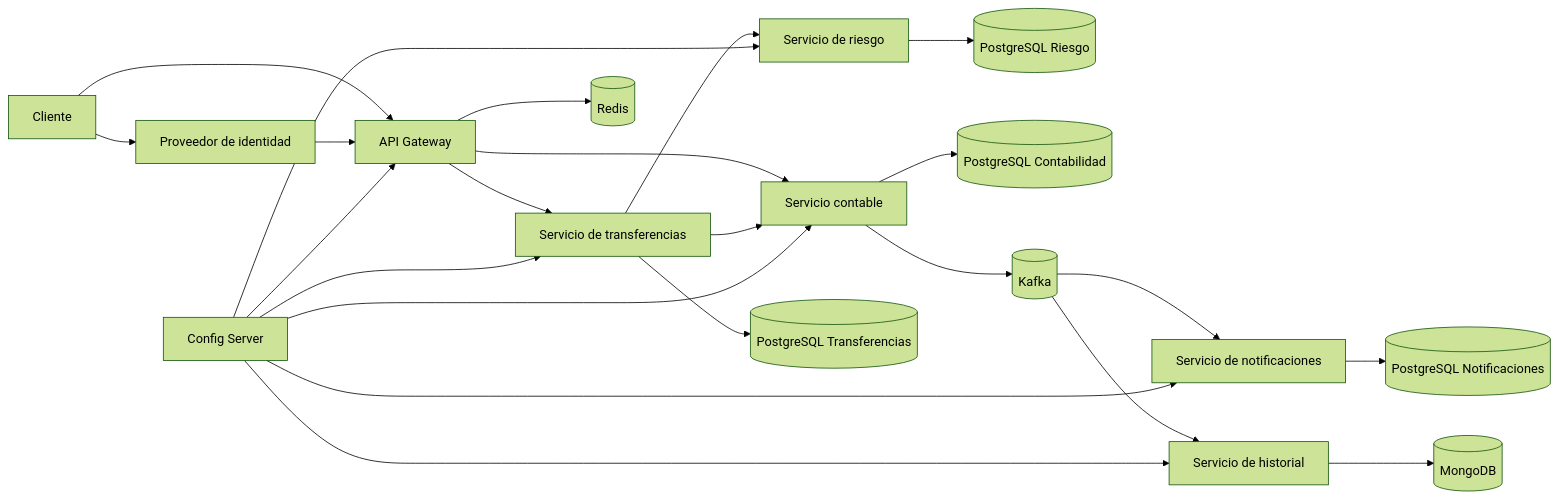
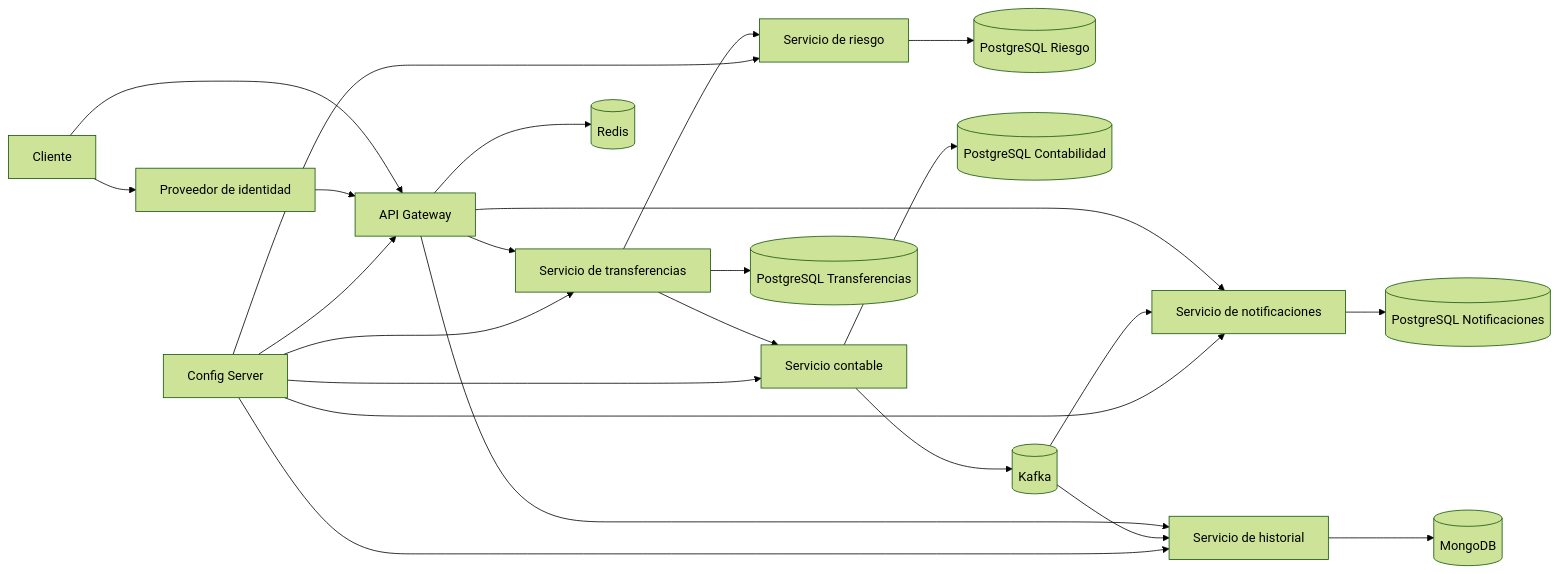
One commit to gad-dev-java/microservicios-transferencia changed the first of 2 diagrams in ARQUITECTURA.md. Above: the diagram before and after it, drawn with Mermaid (forest theme). The commit also changed other lines of this file and 25 other files, not shown here.

````diff
--- a/ARQUITECTURA.md
+++ b/ARQUITECTURA.md
@@ -11,29 +11,31 @@
 ```mermaid
 flowchart LR
     cliente[Cliente] --> identidad[Proveedor de identidad]
     cliente --> gateway[API Gateway]
     identidad --> gateway
 
     gateway --> transferencias[Servicio de transferencias]
-    gateway --> contabilidad[Servicio contable]
+    gateway --> notificaciones[Servicio de notificaciones]
+    gateway --> historial[Servicio de historial]
+    contabilidad[Servicio contable]
     transferencias --> riesgo[Servicio de riesgo]
     transferencias --> contabilidad
 
     transferencias --> db_transferencias[(PostgreSQL Transferencias)]
     riesgo --> db_riesgo[(PostgreSQL Riesgo)]
     contabilidad --> db_contabilidad[(PostgreSQL Contabilidad)]
     contabilidad --> kafka[(Kafka)]
 
     kafka --> notificaciones[Servicio de notificaciones]
     kafka --> historial[Servicio de historial]
     notificaciones --> db_notificaciones[(PostgreSQL Notificaciones)]
     historial --> mongo[(MongoDB)]
 
     gateway --> redis[(Redis)]
     config[Config Server] --> gateway
     config --> transferencias
     config --> contabilidad
     config --> riesgo
     config --> notificaciones
     config --> historial
 ```
````
